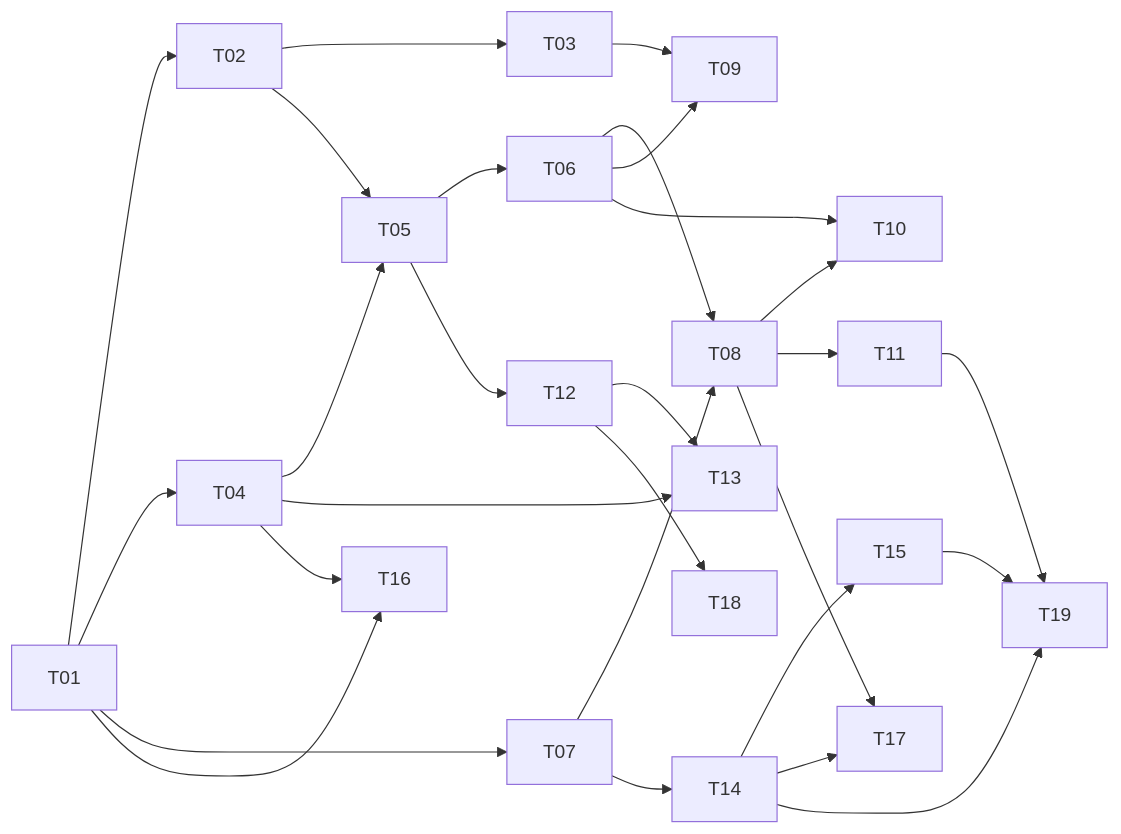
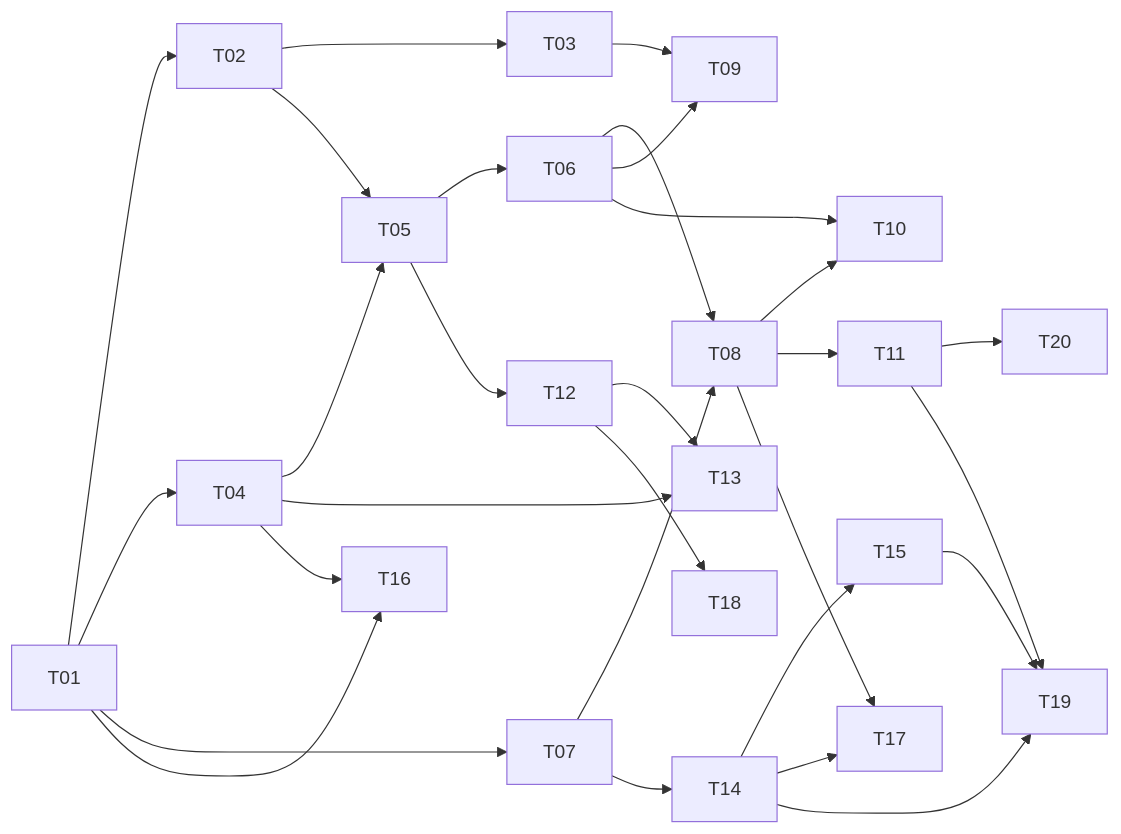
One commit to HeliosPersonal/jobhunter changed the diagram in docs/features/f4-cv-matching-ranking/tasks/tracker.md. Above: the diagram before and after it, drawn with Mermaid. The commit also changed other lines of this file and 5 other files, not shown here.

````diff
--- a/docs/features/f4-cv-matching-ranking/tasks/tracker.md
+++ b/docs/features/f4-cv-matching-ranking/tasks/tracker.md
@@ -54,24 +57,25 @@
 ```mermaid
 graph LR
   T01 --> T02 --> T03
   T01 --> T04 --> T05 --> T06
   T02 --> T05
   T01 --> T07 --> T08
   T06 --> T08
   T03 --> T09
   T06 --> T09
   T05 --> T12 --> T13
   T04 --> T13
   T06 --> T10
   T08 --> T10
   T08 --> T11
+  T11 --> T20
   T07 --> T14 --> T15
   T14 --> T17
   T08 --> T17
   T01 --> T16
   T04 --> T16
   T12 --> T18
   T11 --> T19
   T14 --> T19
   T15 --> T19
 ```
````
